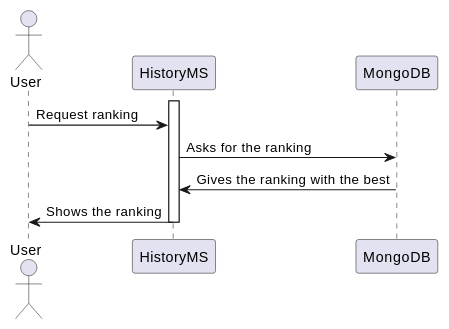
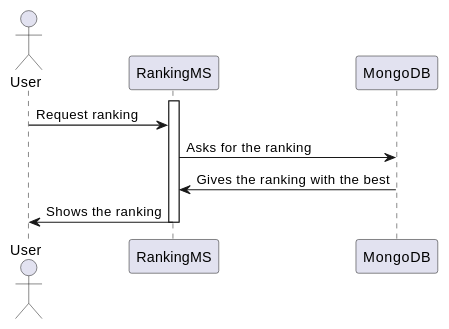
Before and after one commit to Arquisoft/wiq_es3b: the third of 4 diagrams in docs/src/06_runtime_view.adoc, drawn with PlantUML. The commit also changed other lines of this file, not shown here.

```diff
--- a/docs/src/06_runtime_view.adoc
+++ b/docs/src/06_runtime_view.adoc
@@ -78,16 +78,16 @@
 [plantuml,"sequencediagram-ranking",png]
 ----
 actor User as user
-participant HistoryMS as MS
+participant RankingMS as MS
 participant MongoDB as db
 
 activate MS
 
 user -> MS: Request ranking
 MS -> db: Asks for the ranking
 db -> MS: Gives the ranking with the best
 MS -> user: Shows the ranking
 
 
 deactivate MS
 ----
```
